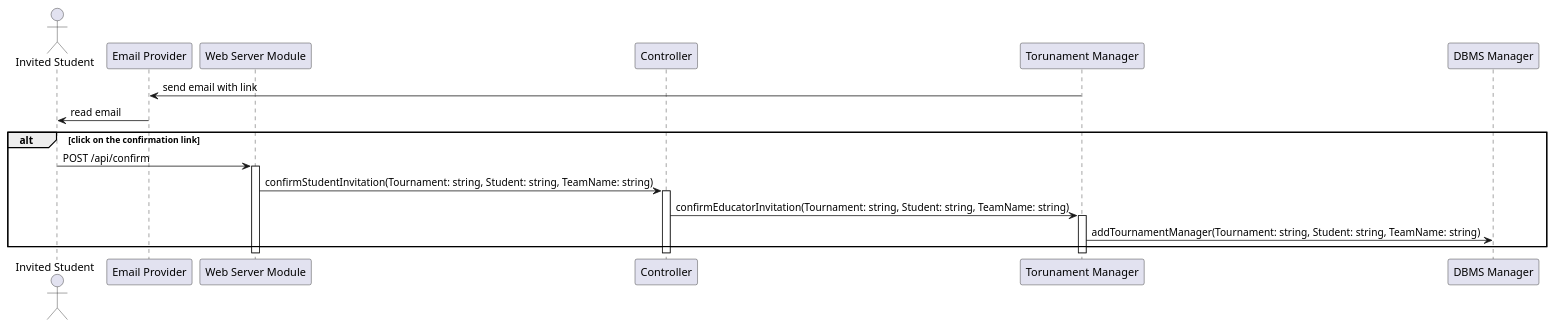
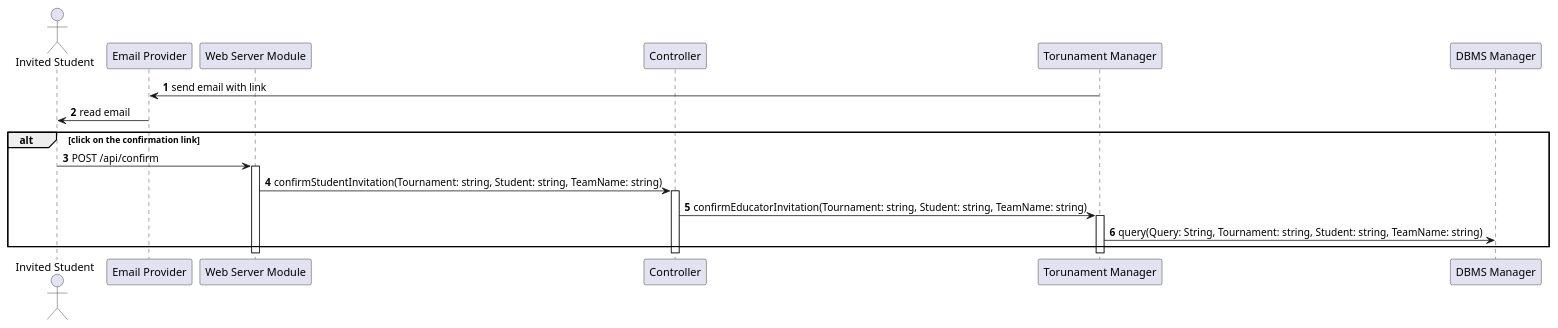
Before and after one commit to Angelo7672/SE2_Requirement-and-Design-Document: the diagram in _DD/Images/sequenceDiagrams/receiveStudentInvitation.wsd, drawn with PlantUML. The commit also changed 1 other file, not shown here.

Commit message:
(dd) sequence diagram tweaks

```diff
--- a/_DD/Images/sequenceDiagrams/receiveStudentInvitation.wsd
+++ b/_DD/Images/sequenceDiagrams/receiveStudentInvitation.wsd
@@ -1,22 +1,24 @@
 @startuml
 
+' NEW
+autonumber
 actor "Invited Student" as S
 participant "Email Provider" as EM
 participant "Web Server Module" as WS
 participant Controller as C
 participant "Torunament Manager" as TM 
 participant "DBMS Manager" as DB
 
 TM -> EM: send email with link
 EM -> S: read email
 alt click on the confirmation link
     S -> WS: POST /api/confirm
     activate WS
     WS -> C: confirmStudentInvitation(Tournament: string, Student: string, TeamName: string)
     activate C
     C -> TM: confirmEducatorInvitation(Tournament: string, Student: string, TeamName: string)
     activate TM
-    TM -> DB: addTournamentManager(Tournament: string, Student: string, TeamName: string)
+    TM -> DB: query(Query: String, Tournament: string, Student: string, TeamName: string)
 end
 
 @enduml
```
